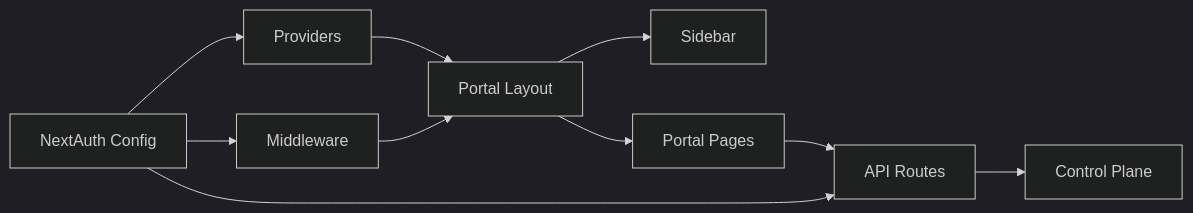
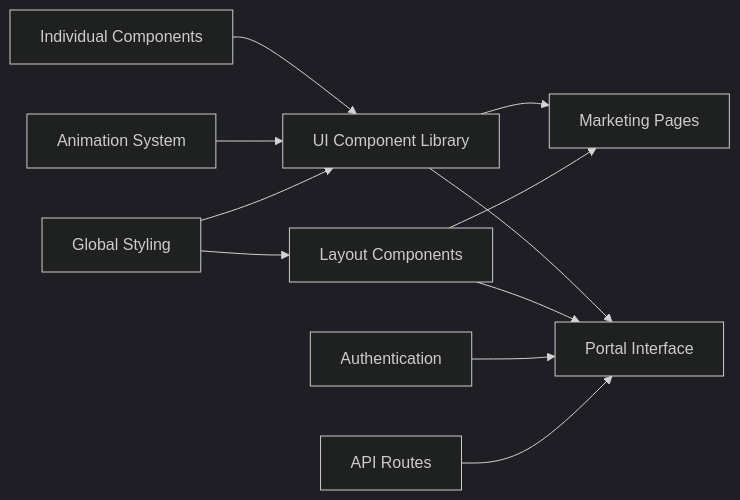
The third of 3 diagrams in .qoder/repowiki/en/content/Frontend Application/Frontend Application.md (askchiwa-spec/FLOW-HQ-BOT), drawn with Mermaid (dark theme) before and after one commit. The commit also changed other lines of this file and 11 other files, not shown here.

First line of the commit message:
feat: Apply African Futurism theme to portal pages

````diff
--- a/.qoder/repowiki/en/content/Frontend Application/Frontend Application.md
+++ b/.qoder/repowiki/en/content/Frontend Application/Frontend Application.md
@@ -398,12 +390,13 @@
 ```mermaid
 graph LR
-Providers["Providers"] --> PortalLayout["Portal Layout"]
-Middleware["Middleware"] --> PortalLayout
-PortalLayout --> Sidebar["Sidebar"]
-PortalLayout --> Pages["Portal Pages"]
-Pages --> APIRoutes["API Routes"]
-APIRoutes --> ControlPlane["Control Plane"]
-AuthConfig["NextAuth Config"] --> Providers
-AuthConfig --> Middleware
-AuthConfig --> APIRoutes
+UI["UI Component Library"] --> Marketing["Marketing Pages"]
+UI --> Portal["Portal Interface"]
+Layout["Layout Components"] --> Marketing
+Layout --> Portal
+Components["Individual Components"] --> UI
+Animations["Animation System"] --> UI
+Styling["Global Styling"] --> UI
+Styling --> Layout
+Auth["Authentication"] --> Portal
+API["API Routes"] --> Portal
 ```
````
